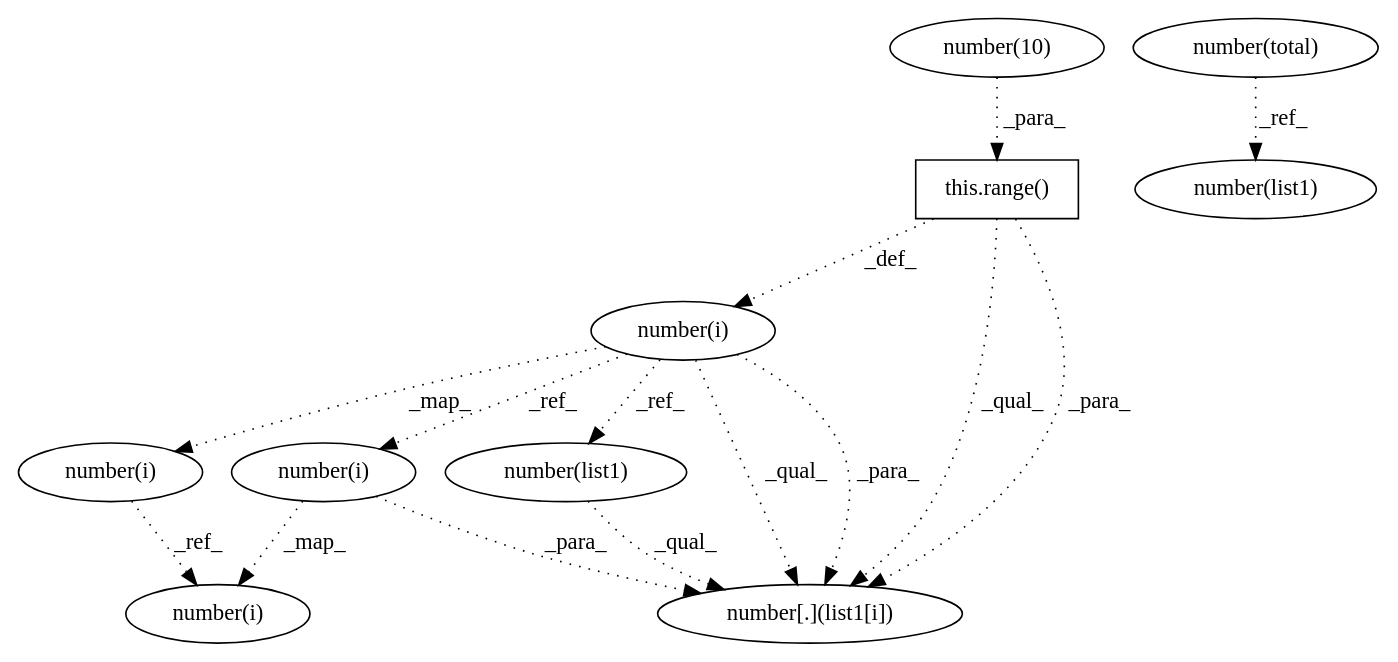
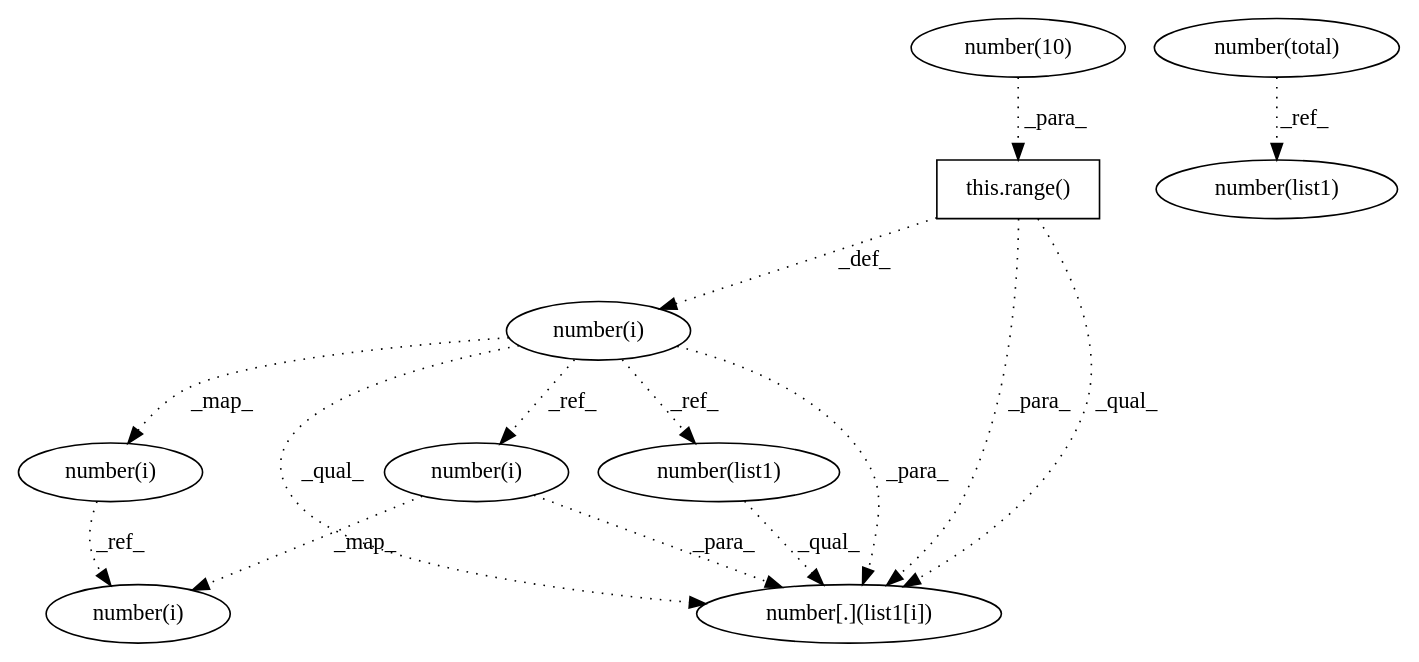
The diagram in AtomicASTChangeMining/OUTPUT/DEBUG/dcec4a9fa9becc35ebc54d034eb053c5353cef70___0.dot (maldil/R-CPATMiner), drawn with Graphviz before and after one commit. The commit also changed 76 other files, not shown here.

```diff
--- a/AtomicASTChangeMining/OUTPUT/DEBUG/dcec4a9fa9becc35ebc54d034eb053c5353cef70___0.dot
+++ b/AtomicASTChangeMining/OUTPUT/DEBUG/dcec4a9fa9becc35ebc54d034eb053c5353cef70___0.dot
@@ -1,26 +1,26 @@
 digraph G {
 1 [label="number(i)" shape=ellipse]
-2 [label="number(i)" shape=ellipse]
+2 [label="number[.](list1[i])" shape=ellipse]
 3 [label="number(i)" shape=ellipse]
-4 [label="number(list1)" shape=ellipse]
-5 [label="number[.](list1[i])" shape=ellipse]
-6 [label="number(10)" shape=ellipse]
-7 [label="this.range()" shape=box]
-8 [label="number(total)" shape=ellipse]
-9 [label="number(i)" shape=ellipse]
+4 [label="number(total)" shape=ellipse]
+5 [label="this.range()" shape=box]
+6 [label="number(list1)" shape=ellipse]
+7 [label="number(i)" shape=ellipse]
+8 [label="number(i)" shape=ellipse]
+9 [label="number(10)" shape=ellipse]
 10 [label="number(list1)" shape=ellipse]
-7 -> 1 [label="_def_" style=dotted];
-1 -> 2 [label="_map_" style=dotted];
-1 -> 3 [label="_ref_" style=dotted];
-1 -> 4 [label="_ref_" style=dotted];
-4 -> 5 [label="_qual_" style=dotted];
-3 -> 5 [label="_para_" style=dotted];
-1 -> 5 [label="_qual_" style=dotted];
-7 -> 5 [label="_qual_" style=dotted];
-1 -> 5 [label="_para_" style=dotted];
-7 -> 5 [label="_para_" style=dotted];
-6 -> 7 [label="_para_" style=dotted];
-2 -> 9 [label="_ref_" style=dotted];
-3 -> 9 [label="_map_" style=dotted];
-8 -> 10 [label="_ref_" style=dotted];
+5 -> 1 [label="_def_" style=dotted];
+6 -> 2 [label="_qual_" style=dotted];
+7 -> 2 [label="_para_" style=dotted];
+1 -> 2 [label="_para_" style=dotted];
+5 -> 2 [label="_para_" style=dotted];
+1 -> 2 [label="_qual_" style=dotted];
+5 -> 2 [label="_qual_" style=dotted];
+8 -> 3 [label="_ref_" style=dotted];
+7 -> 3 [label="_map_" style=dotted];
+9 -> 5 [label="_para_" style=dotted];
+1 -> 6 [label="_ref_" style=dotted];
+1 -> 7 [label="_ref_" style=dotted];
+1 -> 8 [label="_map_" style=dotted];
+4 -> 10 [label="_ref_" style=dotted];
 }
```
